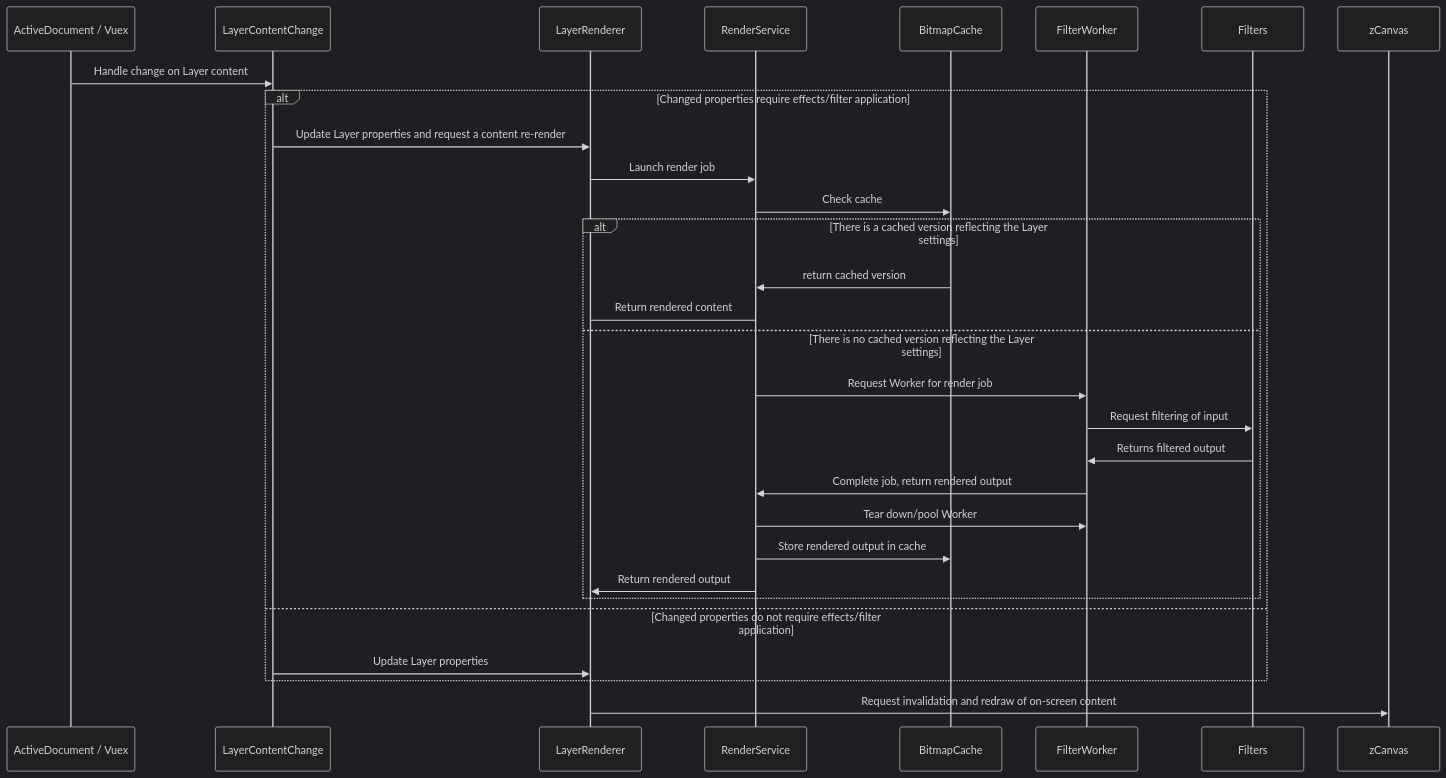
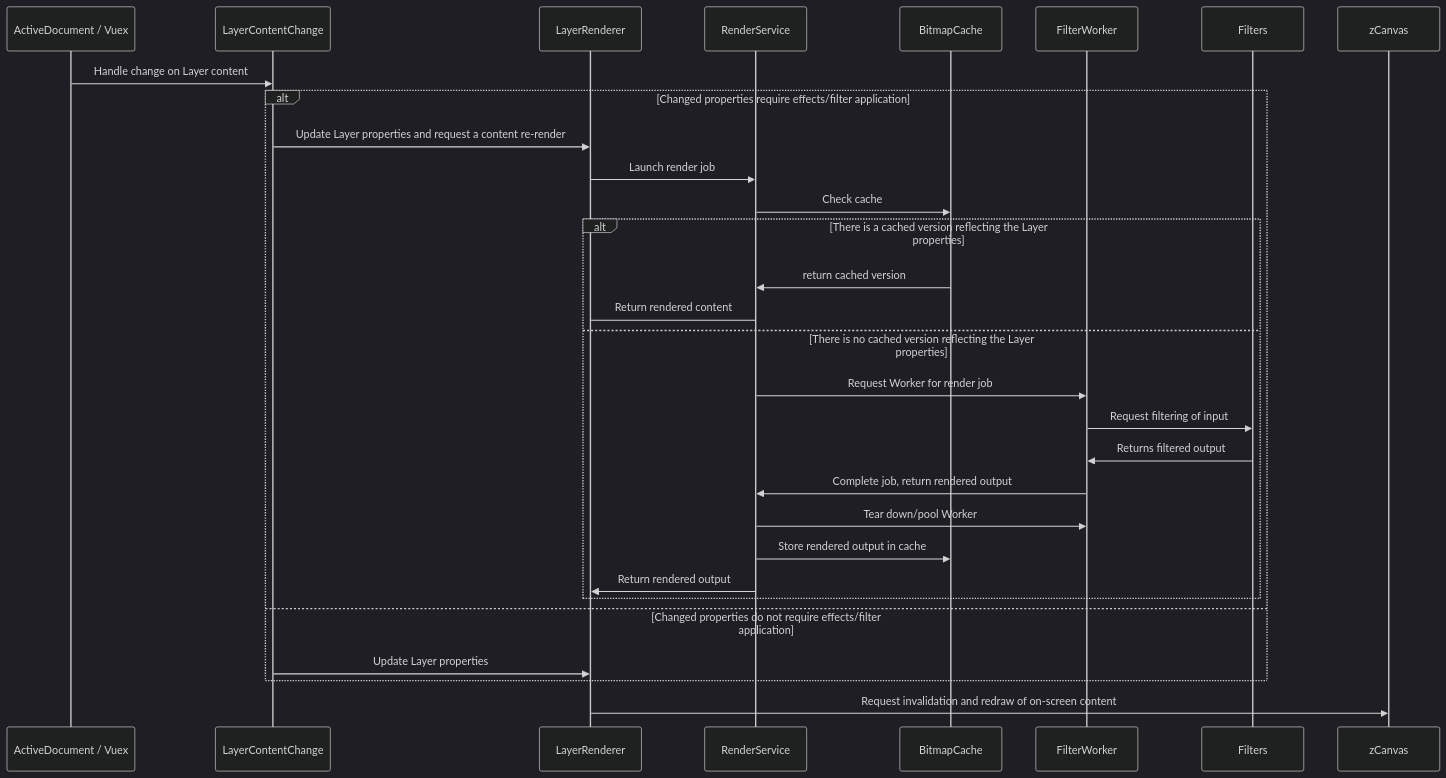
Before and after one commit to igorski/bitmappery: the second of 2 diagrams in README.md, drawn with Mermaid (dark theme). The commit also changed other lines of this file, not shown here.

Commit message:
Wrap Mermaid diagram

````diff
--- a/README.md
+++ b/README.md
@@ -113,27 +116,27 @@
 ```mermaid
 sequenceDiagram
     ActiveDocument / Vuex->>LayerContentChange: Handle change on Layer content
 
     alt Changed properties require effects/filter application
         LayerContentChange->>LayerRenderer: Update Layer properties and request a content re-render
         LayerRenderer->>RenderService: Launch render job
         RenderService->>BitmapCache: Check cache
 
-        alt There is a cached version reflecting the Layer settings
+        alt There is a cached version reflecting the Layer properties
             BitmapCache->>RenderService: return cached version
             RenderService->LayerRenderer: Return rendered content
-        else There is no cached version reflecting the Layer settings
+        else There is no cached version reflecting the Layer properties
             RenderService->>FilterWorker: Request Worker for render job
             FilterWorker->>Filters: Request filtering of input
             Filters->>FilterWorker: Returns filtered output
             FilterWorker->>RenderService: Complete job, return rendered output
             RenderService->>FilterWorker: Tear down/pool Worker
             RenderService->>BitmapCache: Store rendered output in cache
             RenderService->>LayerRenderer: Return rendered output
         end
     else Changed properties do not require effects/filter application
         LayerContentChange->>LayerRenderer: Update Layer properties
         end
 
     LayerRenderer->>zCanvas: Request invalidation and redraw of on-screen content
 ```
````
